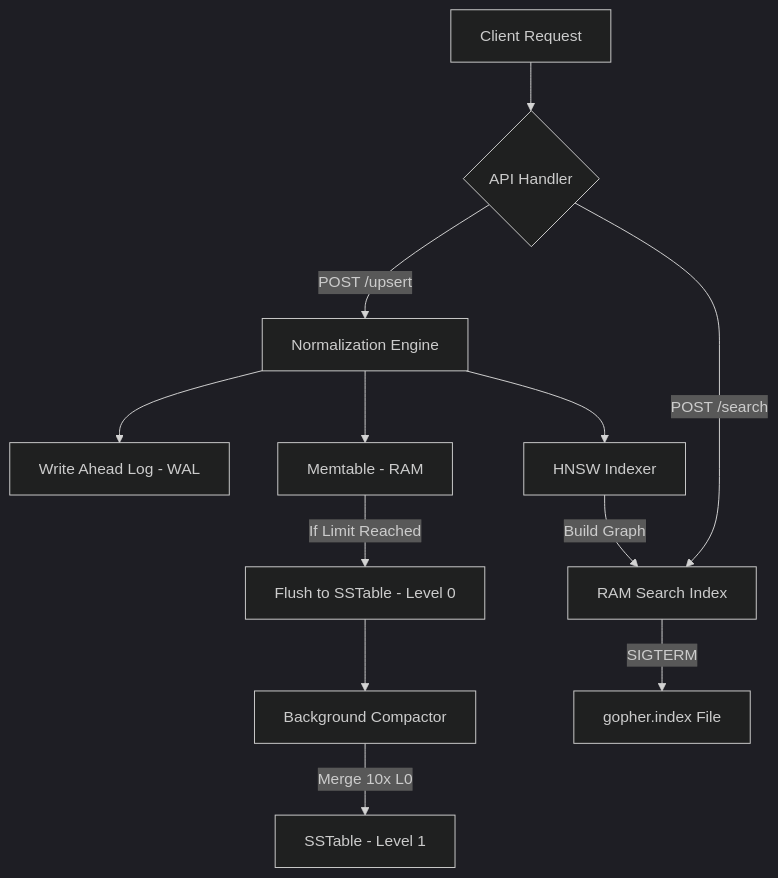
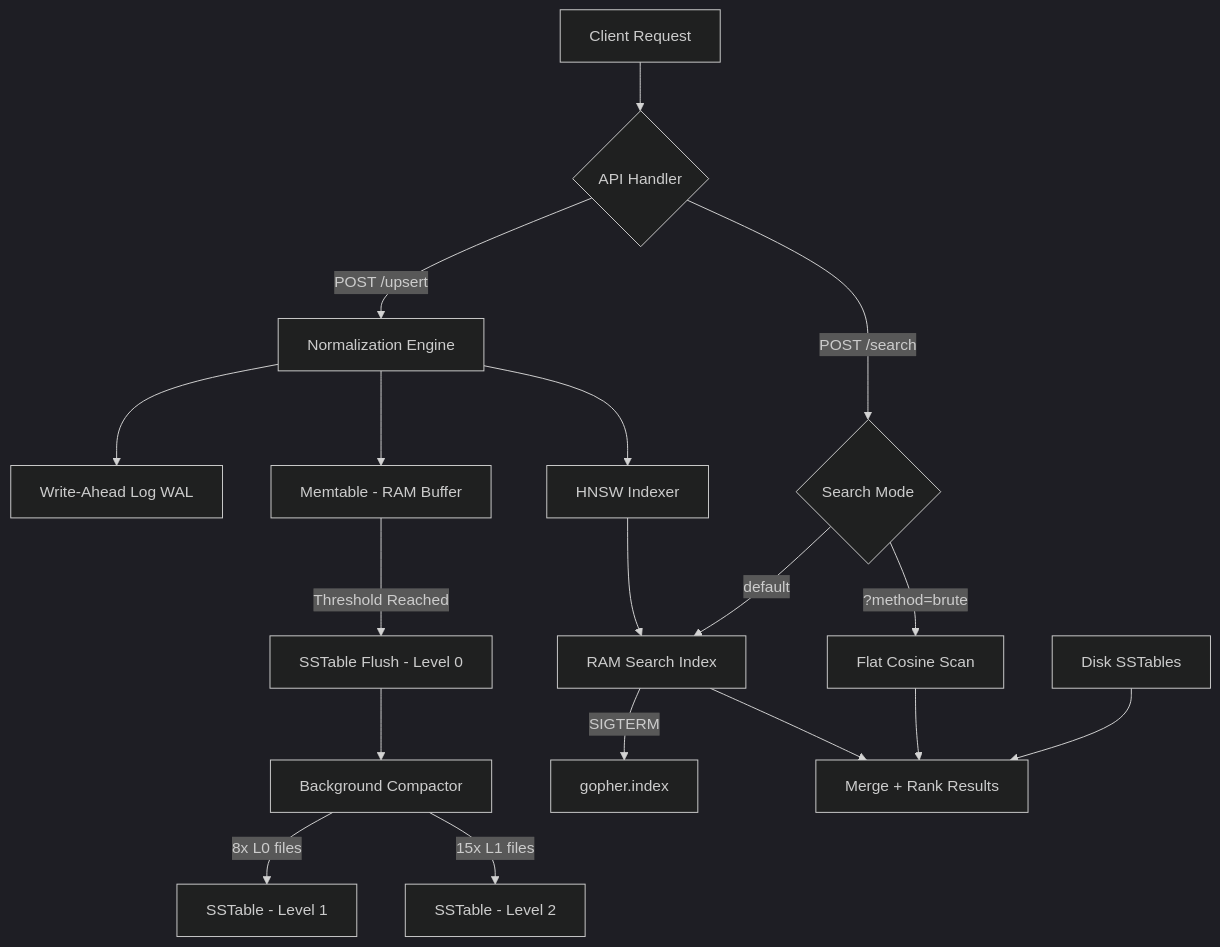
The first of 4 diagrams in README.md (Ankritjarngal/gopher-vectra), drawn with Mermaid (dark theme) before and after one commit. The commit also changed other lines of this file and 8 other files, not shown here.

````diff
--- a/README.md
+++ b/README.md
@@ -12,16 +11,22 @@
 ```mermaid
 graph TD
     A[Client Request] --> B{API Handler}
+
     B -->|POST /upsert| C[Normalization Engine]
-    C --> D[Write Ahead Log - WAL]
-    C --> E[Memtable - RAM]
-    E -->|If Limit Reached| F[Flush to SSTable - Level 0]
+    C --> D[Write-Ahead Log WAL]
+    C --> E[Memtable - RAM Buffer]
+    E -->|Threshold Reached| F[SSTable Flush - Level 0]
     F --> G[Background Compactor]
-    G -->|Merge 10x L0| H[SSTable - Level 1]
+    G -->|8x L0 files| H[SSTable - Level 1]
+    G -->|15x L1 files| I[SSTable - Level 2]
+    C --> J[HNSW Indexer]
+    J --> K[RAM Search Index]
+    K -->|SIGTERM| L[gopher.index]
 
-    C --> I[HNSW Indexer]
-    I -->|Build Graph| J[RAM Search Index]
-    J -->|SIGTERM| K[gopher.index File]
-
-    B -->|POST /search| J
+    B -->|POST /search| M{Search Mode}
+    M -->|default| K
+    M -->|?method=brute| N[Flat Cosine Scan]
+    K --> O[Merge + Rank Results]
+    N --> O
+    P[Disk SSTables] --> O
 ```
````
